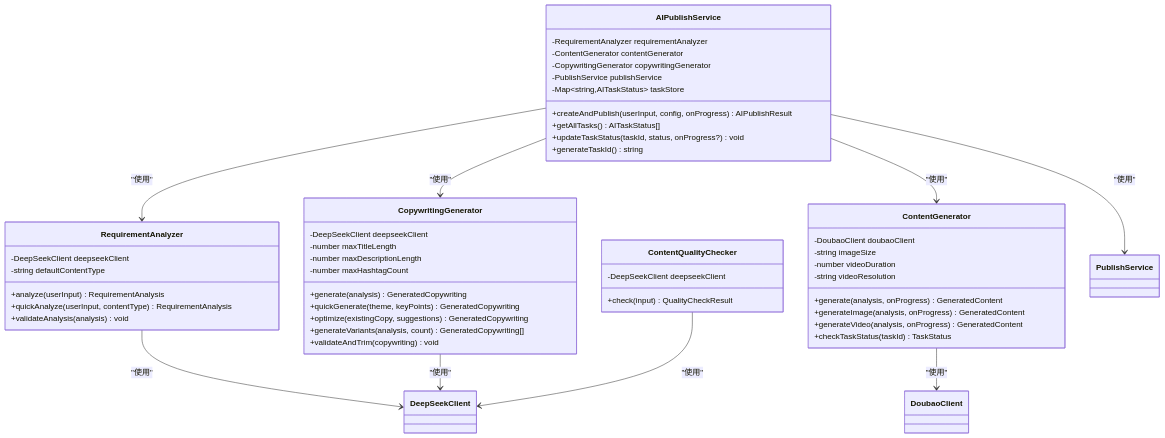
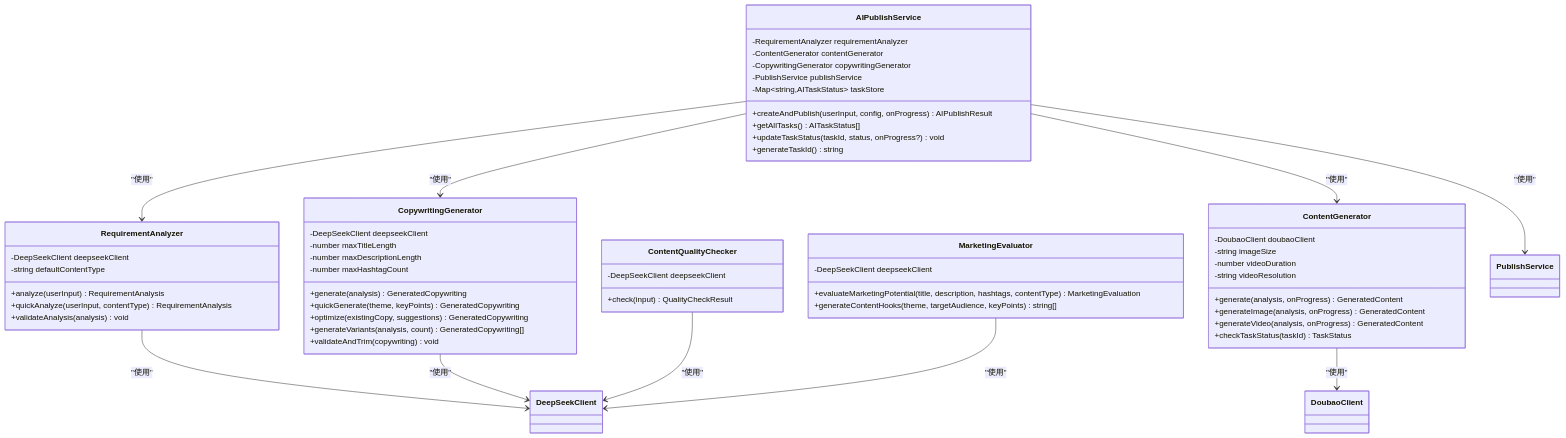
The fourth of 21 diagrams in .qoder/repowiki/zh/content/核心模块详解/Web界面系统/AI创作页面.md (songdiyang/clawOperations), drawn with Mermaid before and after one commit. The commit also changed other lines of this file and 10 other files, not shown here.

````diff
--- a/.qoder/repowiki/zh/content/核心模块详解/Web界面系统/AI创作页面.md
+++ b/.qoder/repowiki/zh/content/核心模块详解/Web界面系统/AI创作页面.md
@@ -289,54 +300,60 @@
 ```mermaid
 classDiagram
 class RequirementAnalyzer {
 -DeepSeekClient deepseekClient
 -string defaultContentType
 +analyze(userInput) RequirementAnalysis
 +quickAnalyze(userInput, contentType) RequirementAnalysis
 +validateAnalysis(analysis) void
 }
 class ContentGenerator {
 -DoubaoClient doubaoClient
 -string imageSize
 -number videoDuration
 -string videoResolution
 +generate(analysis, onProgress) GeneratedContent
 +generateImage(analysis, onProgress) GeneratedContent
 +generateVideo(analysis, onProgress) GeneratedContent
 +checkTaskStatus(taskId) TaskStatus
 }
 class CopywritingGenerator {
 -DeepSeekClient deepseekClient
 -number maxTitleLength
 -number maxDescriptionLength
 -number maxHashtagCount
 +generate(analysis) GeneratedCopywriting
 +quickGenerate(theme, keyPoints) GeneratedCopywriting
 +optimize(existingCopy, suggestions) GeneratedCopywriting
 +generateVariants(analysis, count) GeneratedCopywriting[]
 +validateAndTrim(copywriting) void
 }
 class ContentQualityChecker {
 -DeepSeekClient deepseekClient
 +check(input) QualityCheckResult
 }
+class MarketingEvaluator {
+-DeepSeekClient deepseekClient
++evaluateMarketingPotential(title, description, hashtags, contentType) MarketingEvaluation
++generateContentHooks(theme, targetAudience, keyPoints) string[]
+}
 class AIPublishService {
 -RequirementAnalyzer requirementAnalyzer
 -ContentGenerator contentGenerator
 -CopywritingGenerator copywritingGenerator
 -PublishService publishService
 -Map~string,AITaskStatus~ taskStore
 +createAndPublish(userInput, config, onProgress) AIPublishResult
 +getAllTasks() AITaskStatus[]
 +updateTaskStatus(taskId, status, onProgress?) void
 +generateTaskId() string
 }
 RequirementAnalyzer --> DeepSeekClient : "使用"
 ContentGenerator --> DoubaoClient : "使用"
 CopywritingGenerator --> DeepSeekClient : "使用"
 ContentQualityChecker --> DeepSeekClient : "使用"
+MarketingEvaluator --> DeepSeekClient : "使用"
 AIPublishService --> RequirementAnalyzer : "使用"
 AIPublishService --> ContentGenerator : "使用"
 AIPublishService --> CopywritingGenerator : "使用"
 AIPublishService --> PublishService : "使用"
 ```
````
